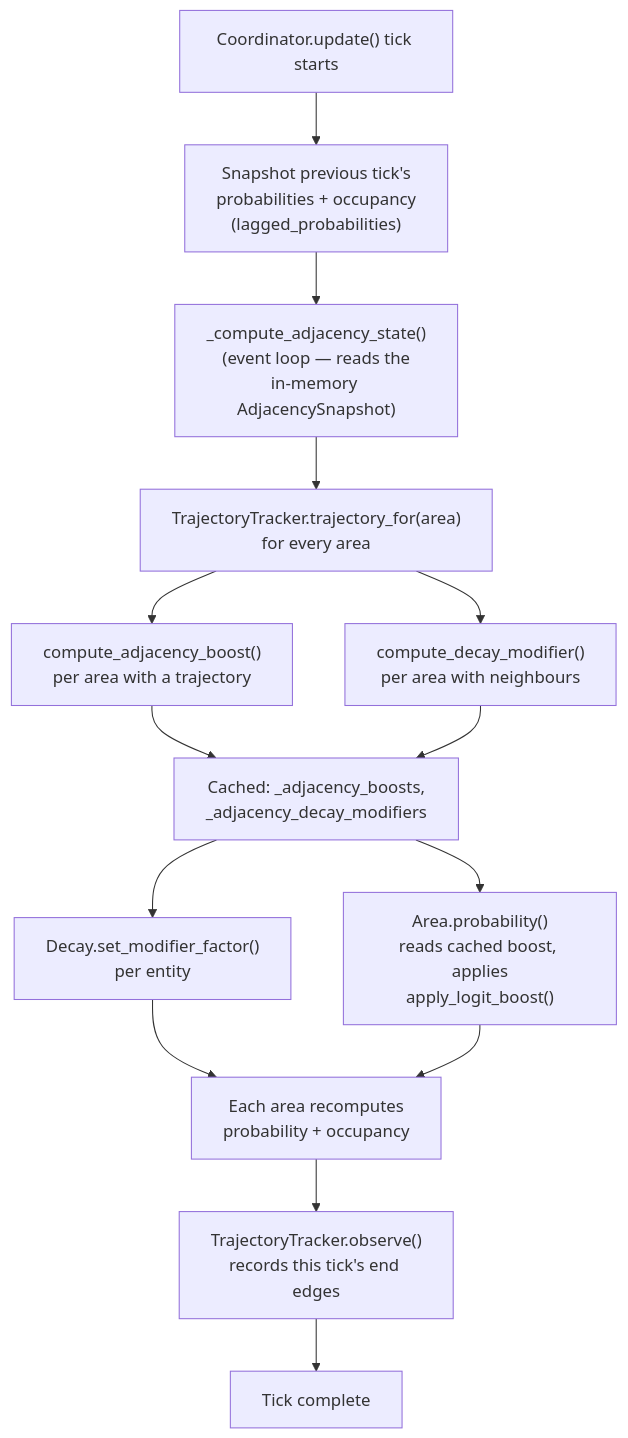
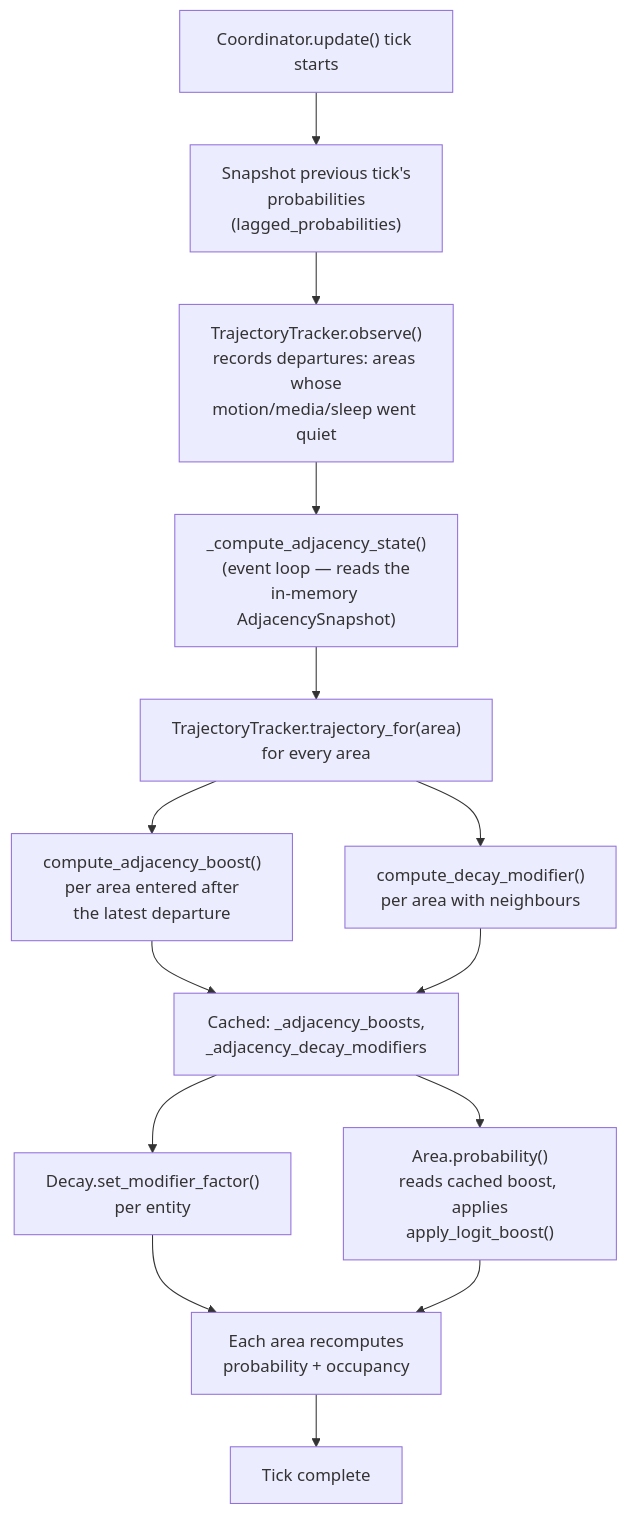
One commit to Hankanman/Area-Occupancy-Detection changed the diagram in docs/docs/technical/transition-learning.md. Above: the diagram before and after it, drawn with Mermaid. The commit also changed other lines of this file and 11 other files, not shown here.

````diff
--- a/docs/docs/technical/transition-learning.md
+++ b/docs/docs/technical/transition-learning.md
@@ -97,16 +109,16 @@
 ```mermaid
 flowchart TD
-    Tick["Coordinator.update() tick starts"] --> Snapshot["Snapshot previous tick's\nprobabilities + occupancy\n(lagged_probabilities)"]
-    Snapshot --> Compute["_compute_adjacency_state()\n(event loop — reads the\nin-memory AdjacencySnapshot)"]
+    Tick["Coordinator.update() tick starts"] --> Snapshot["Snapshot previous tick's\nprobabilities\n(lagged_probabilities)"]
+    Snapshot --> Observe["TrajectoryTracker.observe()\nrecords departures: areas whose\nmotion/media/sleep went quiet"]
+    Observe --> Compute["_compute_adjacency_state()\n(event loop — reads the\nin-memory AdjacencySnapshot)"]
     Compute --> Trajectory["TrajectoryTracker.trajectory_for(area)\nfor every area"]
-    Trajectory --> Boost["compute_adjacency_boost()\nper area with a trajectory"]
+    Trajectory --> Boost["compute_adjacency_boost()\nper area entered after\nthe latest departure"]
     Trajectory --> Modifier["compute_decay_modifier()\nper area with neighbours"]
     Boost --> Cache["Cached: _adjacency_boosts,\n_adjacency_decay_modifiers"]
     Modifier --> Cache
     Cache --> SetModifier["Decay.set_modifier_factor()\nper entity"]
     Cache --> AreaProb["Area.probability()\nreads cached boost, applies\napply_logit_boost()"]
     SetModifier --> Recompute["Each area recomputes\nprobability + occupancy"]
     AreaProb --> Recompute
-    Recompute --> Observe["TrajectoryTracker.observe()\nrecords this tick's end edges"]
-    Observe --> Done["Tick complete"]
+    Recompute --> Done["Tick complete"]
 ```
````
